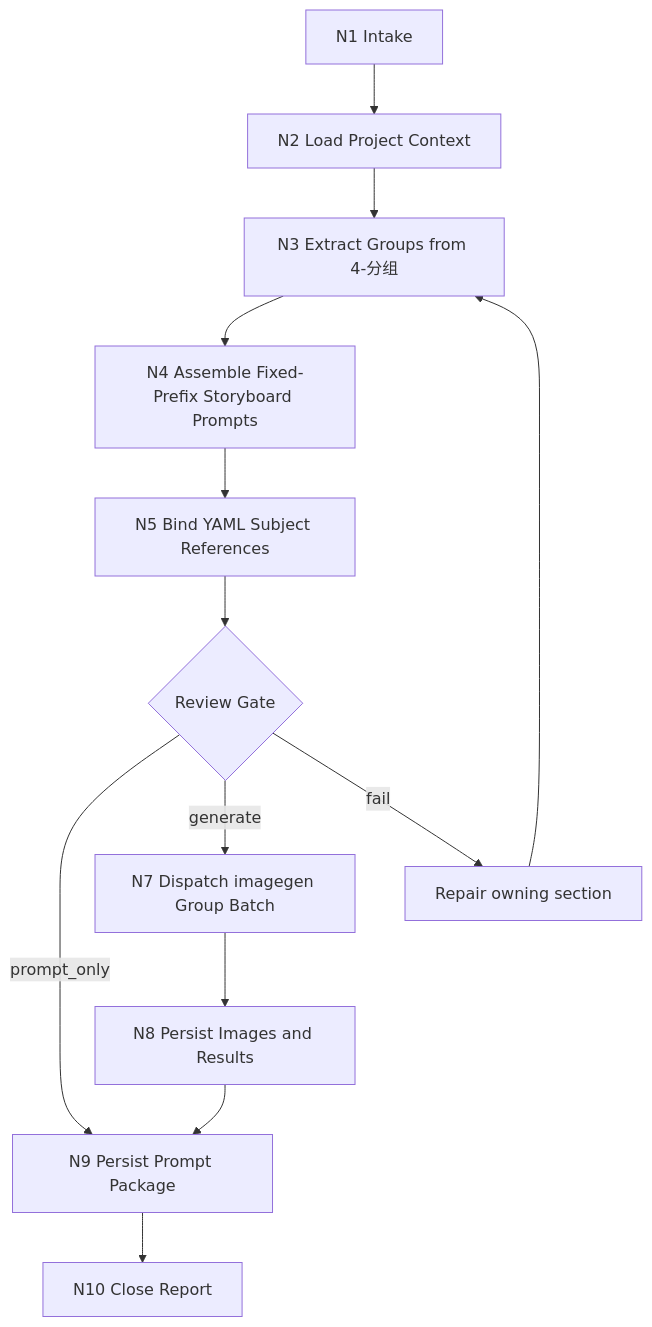
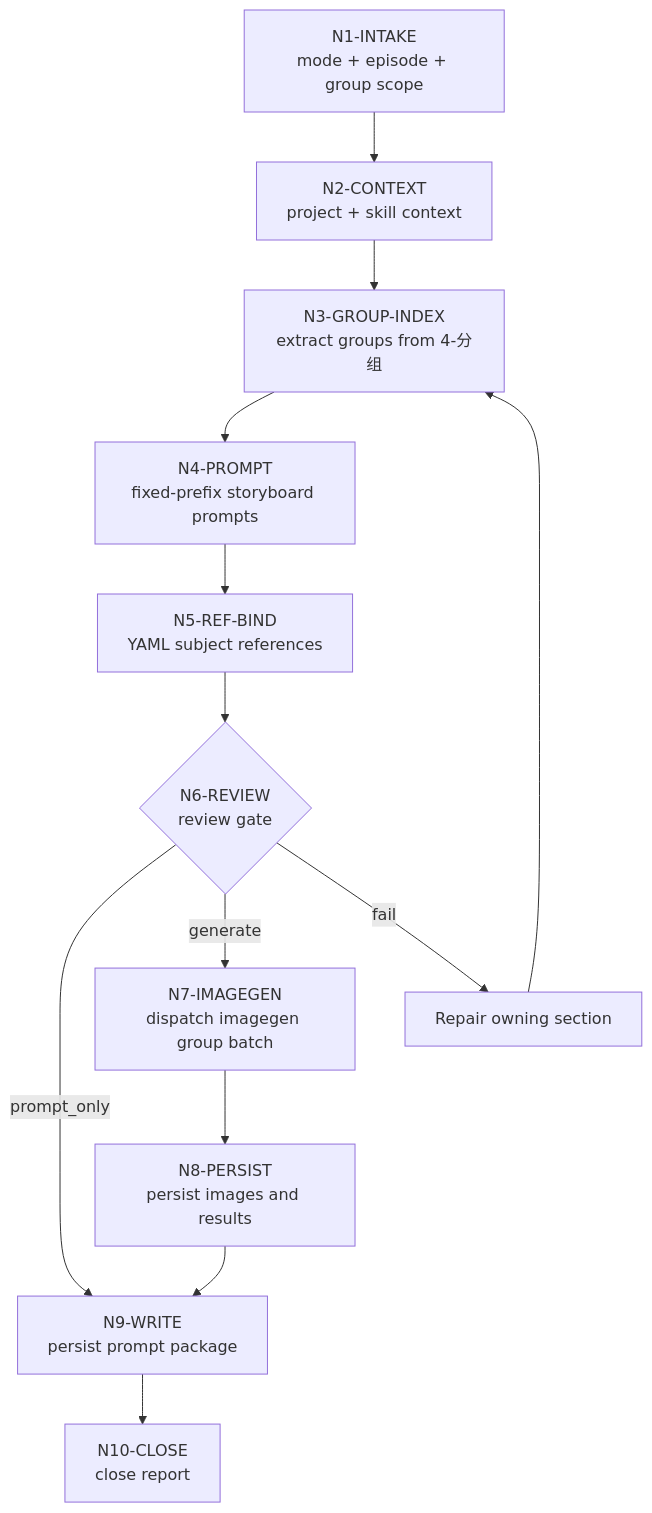
One commit to ZEN-VOID/AI-CUT changed the diagram in .agents/skills/aigc/6-图像/B-分镜故事板/steps/storyboard-sheet-workflow.md. Above: the diagram before and after it, drawn with Mermaid. The commit also changed 41 other files, not shown here.

````diff
--- a/.agents/skills/aigc/6-图像/B-分镜故事板/steps/storyboard-sheet-workflow.md
+++ b/.agents/skills/aigc/6-图像/B-分镜故事板/steps/storyboard-sheet-workflow.md
@@ -7,15 +7,15 @@
 ```mermaid
 flowchart TD
-    N1["N1 Intake"] --> N2["N2 Load Project Context"]
-    N2 --> N3["N3 Extract Groups from 4-分组"]
-    N3 --> N4["N4 Assemble Fixed-Prefix Storyboard Prompts"]
-    N4 --> N5["N5 Bind YAML Subject References"]
-    N5 --> N6{"Review Gate"}
-    N6 -->|"prompt_only"| N9["N9 Persist Prompt Package"]
-    N6 -->|"generate"| N7["N7 Dispatch imagegen Group Batch"]
-    N7 --> N8["N8 Persist Images and Results"]
+    N1["N1-INTAKE<br/>mode + episode + group scope"] --> N2["N2-CONTEXT<br/>project + skill context"]
+    N2 --> N3["N3-GROUP-INDEX<br/>extract groups from 4-分组"]
+    N3 --> N4["N4-PROMPT<br/>fixed-prefix storyboard prompts"]
+    N4 --> N5["N5-REF-BIND<br/>YAML subject references"]
+    N5 --> N6{"N6-REVIEW<br/>review gate"}
+    N6 -->|"prompt_only"| N9["N9-WRITE<br/>persist prompt package"]
+    N6 -->|"generate"| N7["N7-IMAGEGEN<br/>dispatch imagegen group batch"]
+    N7 --> N8["N8-PERSIST<br/>persist images and results"]
     N8 --> N9
     N6 -->|"fail"| R["Repair owning section"]
     R --> N3
-    N9 --> N10["N10 Close Report"]
+    N9 --> N10["N10-CLOSE<br/>close report"]
 ```
````
